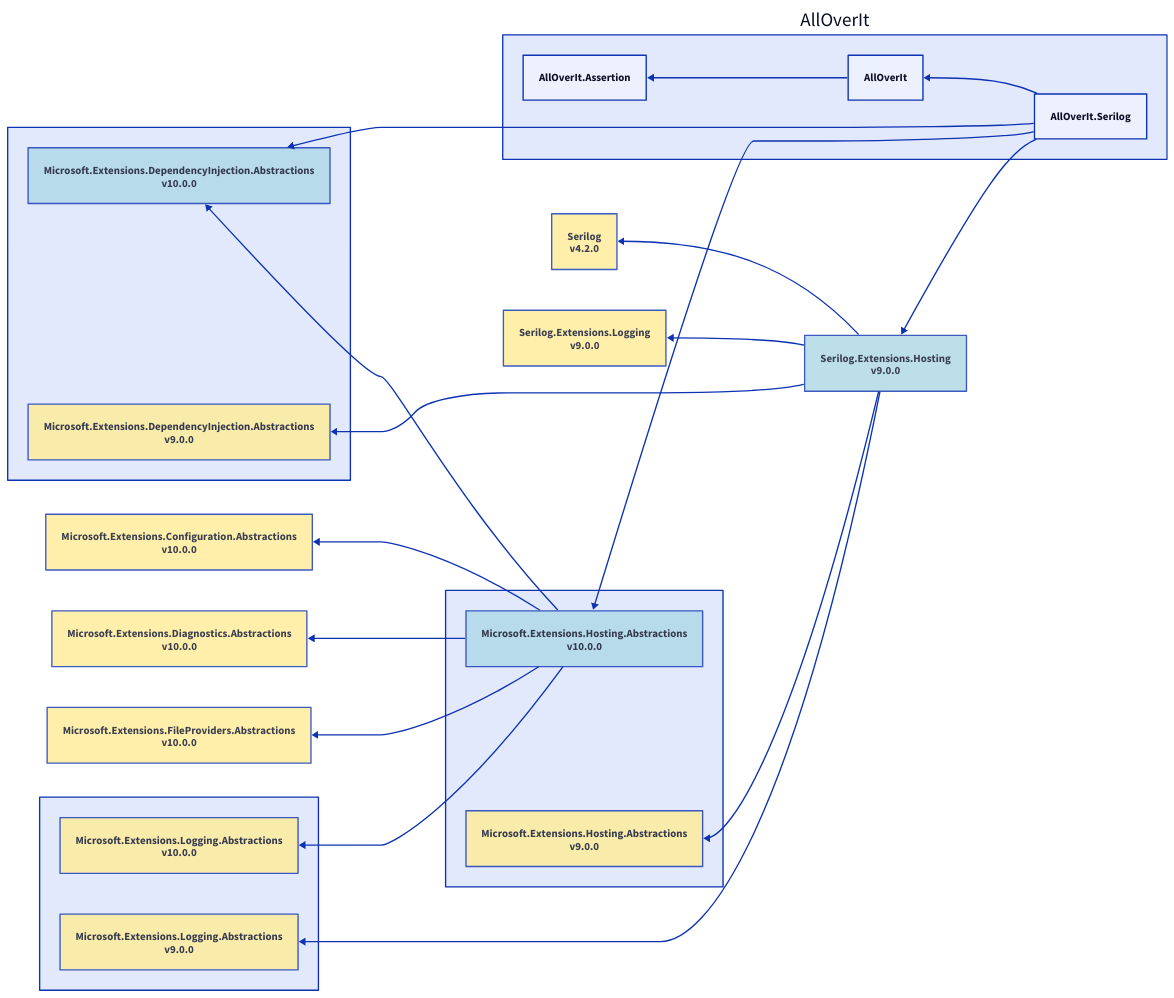
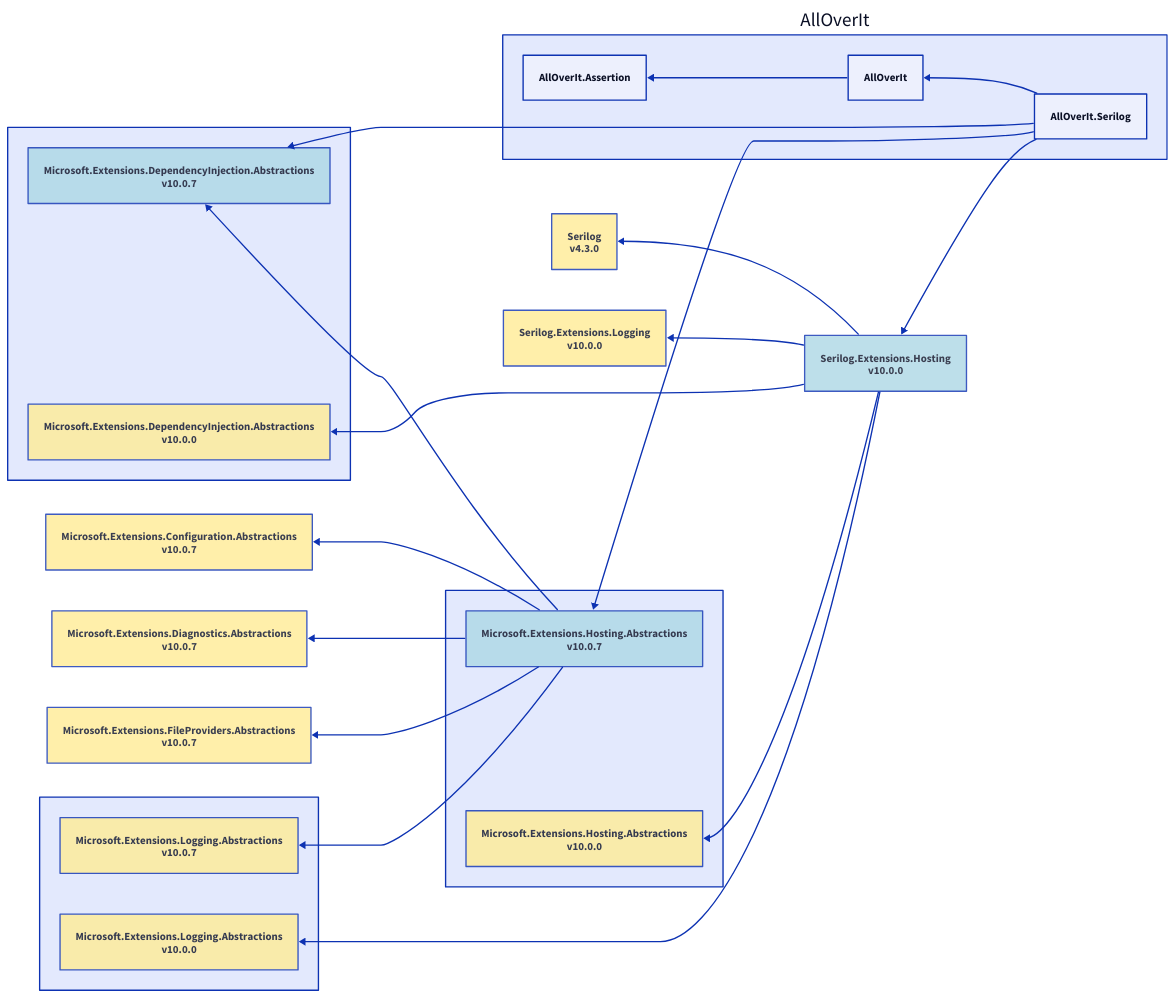
The diagram in Docs/Reference/Content/images/dependencies/net10.0/alloverit-serilog.d2 (mjfreelancing/AllOverIt), drawn with D2 before and after one commit. The commit also changed 132 other files, not shown here.

```diff
--- a/Docs/Reference/Content/images/dependencies/net10.0/alloverit-serilog.d2
+++ b/Docs/Reference/Content/images/dependencies/net10.0/alloverit-serilog.d2
@@ -1,60 +1,60 @@
 direction: left
 
 aoi: AllOverIt
 aoi.alloverit-serilog: AllOverIt.Serilog
 microsoft-extensions-dependencyinjection-abstractions-group: ""
+microsoft-extensions-dependencyinjection-abstractions-group.microsoft-extensions-dependencyinjection-abstractions_10-0-7: Microsoft.Extensions.DependencyInjection.Abstractions\nv10.0.7
+microsoft-extensions-dependencyinjection-abstractions-group.microsoft-extensions-dependencyinjection-abstractions_10-0-7.style.fill: "#ADD8E6"
+microsoft-extensions-dependencyinjection-abstractions-group.microsoft-extensions-dependencyinjection-abstractions_10-0-7.style.opacity: 0.8
+microsoft-extensions-dependencyinjection-abstractions-group.microsoft-extensions-dependencyinjection-abstractions_10-0-7 <- aoi.alloverit-serilog
+microsoft-extensions-hosting-abstractions-group: ""
+microsoft-extensions-hosting-abstractions-group.microsoft-extensions-hosting-abstractions_10-0-7: Microsoft.Extensions.Hosting.Abstractions\nv10.0.7
+microsoft-extensions-hosting-abstractions-group.microsoft-extensions-hosting-abstractions_10-0-7.style.fill: "#ADD8E6"
+microsoft-extensions-hosting-abstractions-group.microsoft-extensions-hosting-abstractions_10-0-7.style.opacity: 0.8
+microsoft-extensions-configuration-abstractions_10-0-7: Microsoft.Extensions.Configuration.Abstractions\nv10.0.7
+microsoft-extensions-configuration-abstractions_10-0-7.style.fill: "#FFEC96"
+microsoft-extensions-configuration-abstractions_10-0-7.style.opacity: 0.8
+microsoft-extensions-configuration-abstractions_10-0-7 <- microsoft-extensions-hosting-abstractions-group.microsoft-extensions-hosting-abstractions_10-0-7
+microsoft-extensions-dependencyinjection-abstractions-group.microsoft-extensions-dependencyinjection-abstractions_10-0-7 <- microsoft-extensions-hosting-abstractions-group.microsoft-extensions-hosting-abstractions_10-0-7
+microsoft-extensions-diagnostics-abstractions_10-0-7: Microsoft.Extensions.Diagnostics.Abstractions\nv10.0.7
+microsoft-extensions-diagnostics-abstractions_10-0-7.style.fill: "#FFEC96"
+microsoft-extensions-diagnostics-abstractions_10-0-7.style.opacity: 0.8
+microsoft-extensions-diagnostics-abstractions_10-0-7 <- microsoft-extensions-hosting-abstractions-group.microsoft-extensions-hosting-abstractions_10-0-7
+microsoft-extensions-fileproviders-abstractions_10-0-7: Microsoft.Extensions.FileProviders.Abstractions\nv10.0.7
+microsoft-extensions-fileproviders-abstractions_10-0-7.style.fill: "#FFEC96"
+microsoft-extensions-fileproviders-abstractions_10-0-7.style.opacity: 0.8
+microsoft-extensions-fileproviders-abstractions_10-0-7 <- microsoft-extensions-hosting-abstractions-group.microsoft-extensions-hosting-abstractions_10-0-7
+microsoft-extensions-logging-abstractions-group: ""
+microsoft-extensions-logging-abstractions-group.microsoft-extensions-logging-abstractions_10-0-7: Microsoft.Extensions.Logging.Abstractions\nv10.0.7
+microsoft-extensions-logging-abstractions-group.microsoft-extensions-logging-abstractions_10-0-7.style.fill: "#FFEC96"
+microsoft-extensions-logging-abstractions-group.microsoft-extensions-logging-abstractions_10-0-7.style.opacity: 0.8
+microsoft-extensions-logging-abstractions-group.microsoft-extensions-logging-abstractions_10-0-7 <- microsoft-extensions-hosting-abstractions-group.microsoft-extensions-hosting-abstractions_10-0-7
+microsoft-extensions-hosting-abstractions-group.microsoft-extensions-hosting-abstractions_10-0-7 <- aoi.alloverit-serilog
+serilog-extensions-hosting_10-0-0: Serilog.Extensions.Hosting\nv10.0.0
+serilog-extensions-hosting_10-0-0.style.fill: "#ADD8E6"
+serilog-extensions-hosting_10-0-0.style.opacity: 0.8
 microsoft-extensions-dependencyinjection-abstractions-group.microsoft-extensions-dependencyinjection-abstractions_10-0-0: Microsoft.Extensions.DependencyInjection.Abstractions\nv10.0.0
-microsoft-extensions-dependencyinjection-abstractions-group.microsoft-extensions-dependencyinjection-abstractions_10-0-0.style.fill: "#ADD8E6"
+microsoft-extensions-dependencyinjection-abstractions-group.microsoft-extensions-dependencyinjection-abstractions_10-0-0.style.fill: "#FFEC96"
 microsoft-extensions-dependencyinjection-abstractions-group.microsoft-extensions-dependencyinjection-abstractions_10-0-0.style.opacity: 0.8
-microsoft-extensions-dependencyinjection-abstractions-group.microsoft-extensions-dependencyinjection-abstractions_10-0-0 <- aoi.alloverit-serilog
-microsoft-extensions-hosting-abstractions-group: ""
+microsoft-extensions-dependencyinjection-abstractions-group.microsoft-extensions-dependencyinjection-abstractions_10-0-0 <- serilog-extensions-hosting_10-0-0
 microsoft-extensions-hosting-abstractions-group.microsoft-extensions-hosting-abstractions_10-0-0: Microsoft.Extensions.Hosting.Abstractions\nv10.0.0
-microsoft-extensions-hosting-abstractions-group.microsoft-extensions-hosting-abstractions_10-0-0.style.fill: "#ADD8E6"
+microsoft-extensions-hosting-abstractions-group.microsoft-extensions-hosting-abstractions_10-0-0.style.fill: "#FFEC96"
 microsoft-extensions-hosting-abstractions-group.microsoft-extensions-hosting-abstractions_10-0-0.style.opacity: 0.8
-microsoft-extensions-configuration-abstractions_10-0-0: Microsoft.Extensions.Configuration.Abstractions\nv10.0.0
-microsoft-extensions-configuration-abstractions_10-0-0.style.fill: "#FFEC96"
-microsoft-extensions-configuration-abstractions_10-0-0.style.opacity: 0.8
-microsoft-extensions-configuration-abstractions_10-0-0 <- microsoft-extensions-hosting-abstractions-group.microsoft-extensions-hosting-abstractions_10-0-0
-microsoft-extensions-dependencyinjection-abstractions-group.microsoft-extensions-dependencyinjection-abstractions_10-0-0 <- microsoft-extensions-hosting-abstractions-group.microsoft-extensions-hosting-abstractions_10-0-0
-microsoft-extensions-diagnostics-abstractions_10-0-0: Microsoft.Extensions.Diagnostics.Abstractions\nv10.0.0
-microsoft-extensions-diagnostics-abstractions_10-0-0.style.fill: "#FFEC96"
-microsoft-extensions-diagnostics-abstractions_10-0-0.style.opacity: 0.8
-microsoft-extensions-diagnostics-abstractions_10-0-0 <- microsoft-extensions-hosting-abstractions-group.microsoft-extensions-hosting-abstractions_10-0-0
-microsoft-extensions-fileproviders-abstractions_10-0-0: Microsoft.Extensions.FileProviders.Abstractions\nv10.0.0
-microsoft-extensions-fileproviders-abstractions_10-0-0.style.fill: "#FFEC96"
-microsoft-extensions-fileproviders-abstractions_10-0-0.style.opacity: 0.8
-microsoft-extensions-fileproviders-abstractions_10-0-0 <- microsoft-extensions-hosting-abstractions-group.microsoft-extensions-hosting-abstractions_10-0-0
-microsoft-extensions-logging-abstractions-group: ""
+microsoft-extensions-hosting-abstractions-group.microsoft-extensions-hosting-abstractions_10-0-0 <- serilog-extensions-hosting_10-0-0
 microsoft-extensions-logging-abstractions-group.microsoft-extensions-logging-abstractions_10-0-0: Microsoft.Extensions.Logging.Abstractions\nv10.0.0
 microsoft-extensions-logging-abstractions-group.microsoft-extensions-logging-abstractions_10-0-0.style.fill: "#FFEC96"
 microsoft-extensions-logging-abstractions-group.microsoft-extensions-logging-abstractions_10-0-0.style.opacity: 0.8
-microsoft-extensions-logging-abstractions-group.microsoft-extensions-logging-abstractions_10-0-0 <- microsoft-extensions-hosting-abstractions-group.microsoft-extensions-hosting-abstractions_10-0-0
-microsoft-extensions-hosting-abstractions-group.microsoft-extensions-hosting-abstractions_10-0-0 <- aoi.alloverit-serilog
-serilog-extensions-hosting_9-0-0: Serilog.Extensions.Hosting\nv9.0.0
-serilog-extensions-hosting_9-0-0.style.fill: "#ADD8E6"
-serilog-extensions-hosting_9-0-0.style.opacity: 0.8
-microsoft-extensions-dependencyinjection-abstractions-group.microsoft-extensions-dependencyinjection-abstractions_9-0-0: Microsoft.Extensions.DependencyInjection.Abstractions\nv9.0.0
-microsoft-extensions-dependencyinjection-abstractions-group.microsoft-extensions-dependencyinjection-abstractions_9-0-0.style.fill: "#FFEC96"
-microsoft-extensions-dependencyinjection-abstractions-group.microsoft-extensions-dependencyinjection-abstractions_9-0-0.style.opacity: 0.8
-microsoft-extensions-dependencyinjection-abstractions-group.microsoft-extensions-dependencyinjection-abstractions_9-0-0 <- serilog-extensions-hosting_9-0-0
-microsoft-extensions-hosting-abstractions-group.microsoft-extensions-hosting-abstractions_9-0-0: Microsoft.Extensions.Hosting.Abstractions\nv9.0.0
-microsoft-extensions-hosting-abstractions-group.microsoft-extensions-hosting-abstractions_9-0-0.style.fill: "#FFEC96"
-microsoft-extensions-hosting-abstractions-group.microsoft-extensions-hosting-abstractions_9-0-0.style.opacity: 0.8
-microsoft-extensions-hosting-abstractions-group.microsoft-extensions-hosting-abstractions_9-0-0 <- serilog-extensions-hosting_9-0-0
-microsoft-extensions-logging-abstractions-group.microsoft-extensions-logging-abstractions_9-0-0: Microsoft.Extensions.Logging.Abstractions\nv9.0.0
-microsoft-extensions-logging-abstractions-group.microsoft-extensions-logging-abstractions_9-0-0.style.fill: "#FFEC96"
-microsoft-extensions-logging-abstractions-group.microsoft-extensions-logging-abstractions_9-0-0.style.opacity: 0.8
-microsoft-extensions-logging-abstractions-group.microsoft-extensions-logging-abstractions_9-0-0 <- serilog-extensions-hosting_9-0-0
-serilog_4-2-0: Serilog\nv4.2.0
-serilog_4-2-0.style.fill: "#FFEC96"
-serilog_4-2-0.style.opacity: 0.8
-serilog_4-2-0 <- serilog-extensions-hosting_9-0-0
-serilog-extensions-logging_9-0-0: Serilog.Extensions.Logging\nv9.0.0
-serilog-extensions-logging_9-0-0.style.fill: "#FFEC96"
-serilog-extensions-logging_9-0-0.style.opacity: 0.8
-serilog-extensions-logging_9-0-0 <- serilog-extensions-hosting_9-0-0
-serilog-extensions-hosting_9-0-0 <- aoi.alloverit-serilog
+microsoft-extensions-logging-abstractions-group.microsoft-extensions-logging-abstractions_10-0-0 <- serilog-extensions-hosting_10-0-0
+serilog_4-3-0: Serilog\nv4.3.0
+serilog_4-3-0.style.fill: "#FFEC96"
+serilog_4-3-0.style.opacity: 0.8
+serilog_4-3-0 <- serilog-extensions-hosting_10-0-0
+serilog-extensions-logging_10-0-0: Serilog.Extensions.Logging\nv10.0.0
+serilog-extensions-logging_10-0-0.style.fill: "#FFEC96"
+serilog-extensions-logging_10-0-0.style.opacity: 0.8
+serilog-extensions-logging_10-0-0 <- serilog-extensions-hosting_10-0-0
+serilog-extensions-hosting_10-0-0 <- aoi.alloverit-serilog
 aoi.alloverit: AllOverIt
 aoi.alloverit-assertion: AllOverIt.Assertion
 aoi.alloverit-assertion <- aoi.alloverit
 aoi.alloverit <- aoi.alloverit-serilog
```
